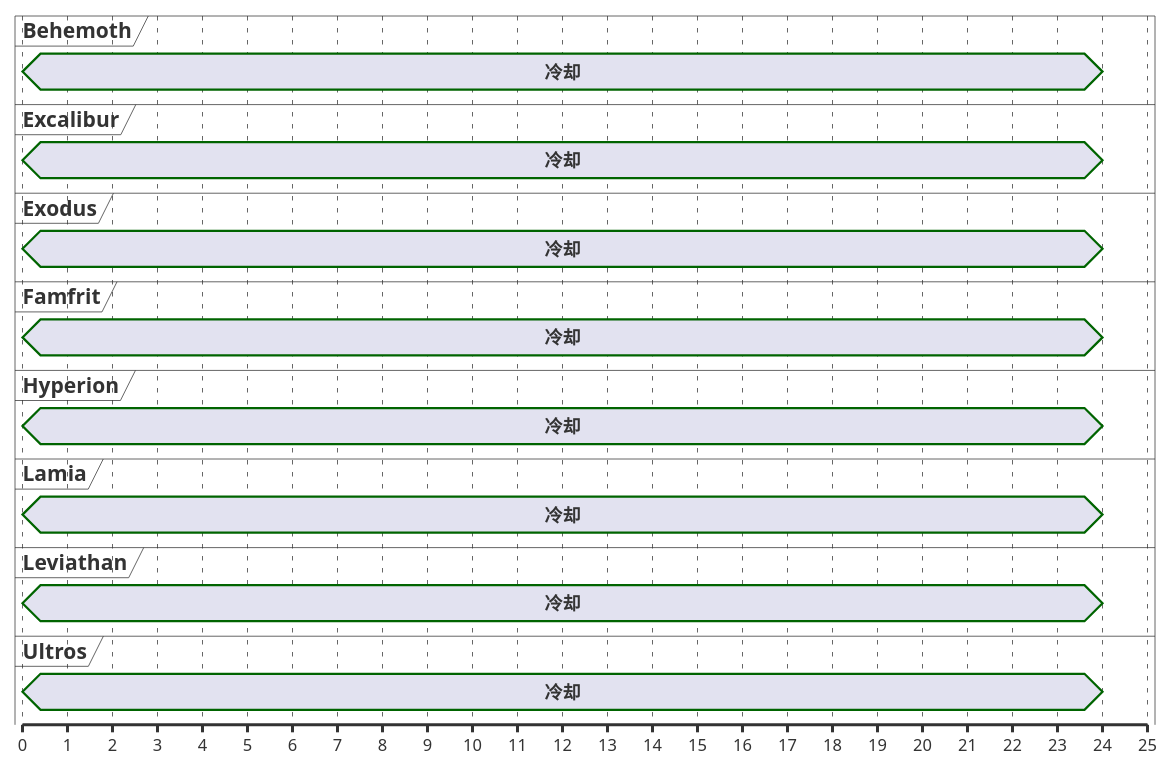
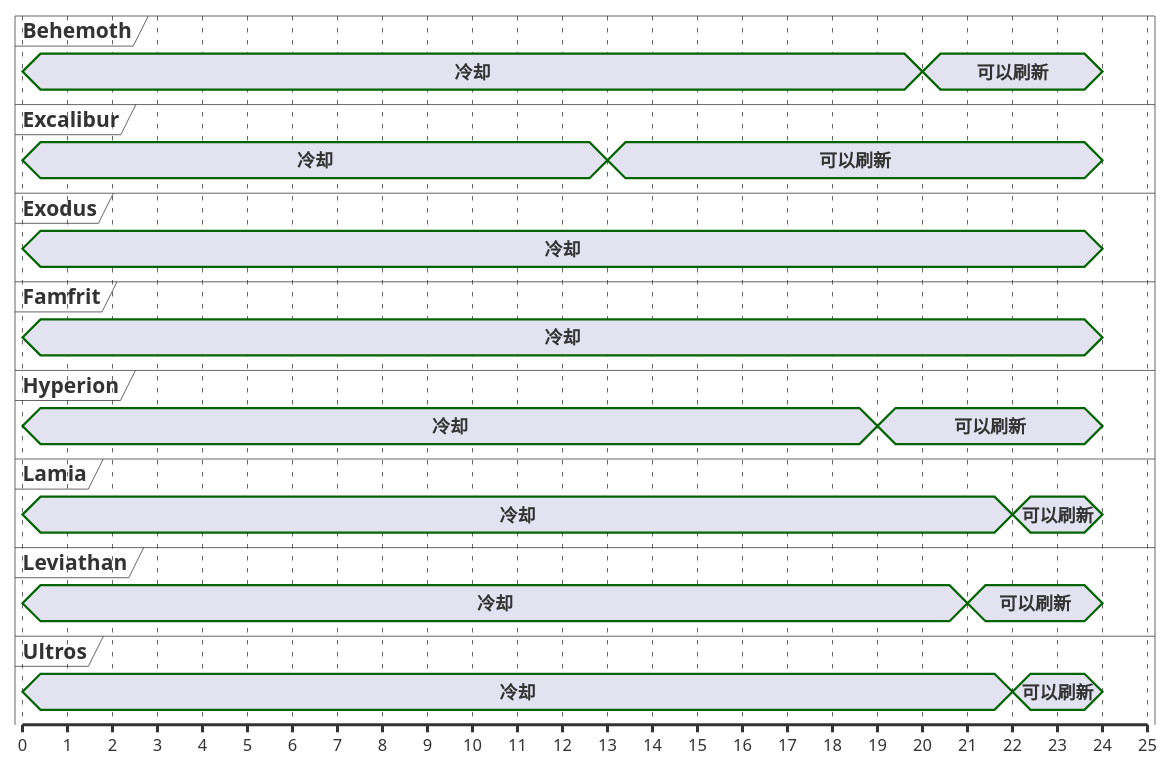
Before and after one commit to Eroleice/doc-pi: the ninth of 13 diagrams in ffxiv/hunt/2.0/Thousand-cast-Theda.md, drawn with PlantUML. The commit also changed other lines of this file and 38 other files, not shown here.

````diff
--- a/ffxiv/hunt/2.0/Thousand-cast-Theda.md
+++ b/ffxiv/hunt/2.0/Thousand-cast-Theda.md
@@ -513,47 +524,53 @@
 ```plantuml
 @startuml
 scale 1 as 30 pixels
 
 concise Behemoth
 concise Excalibur
 concise Exodus
 concise Famfrit
 concise Hyperion
 concise Lamia
 concise Leviathan
 concise Ultros
 
 @Excalibur
 0 is 冷却
+13 is 可以刷新
 24 is {hidden}
 
 @Hyperion
 0 is 冷却
+19 is 可以刷新
 24 is {hidden}
 
 @Behemoth
 0 is 冷却
+20 is 可以刷新
 24 is {hidden}
 
 @Leviathan
 0 is 冷却
+21 is 可以刷新
 24 is {hidden}
 
 @Ultros
 0 is 冷却
+22 is 可以刷新
 24 is {hidden}
 
 @Lamia
 0 is 冷却
+22 is 可以刷新
 24 is {hidden}
 
 @Exodus
 0 is 冷却
 24 is {hidden}
 
 @Famfrit
 0 is 冷却
 24 is {hidden}
 
 @enduml
 ```
````
